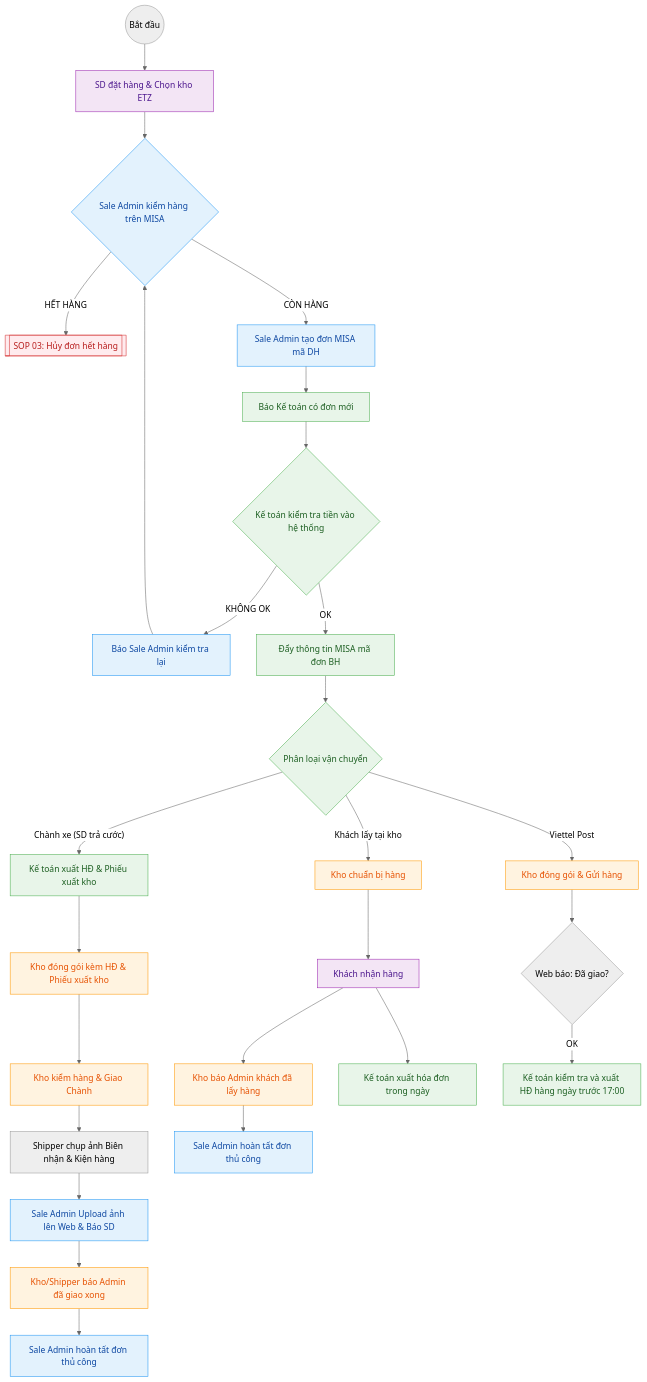
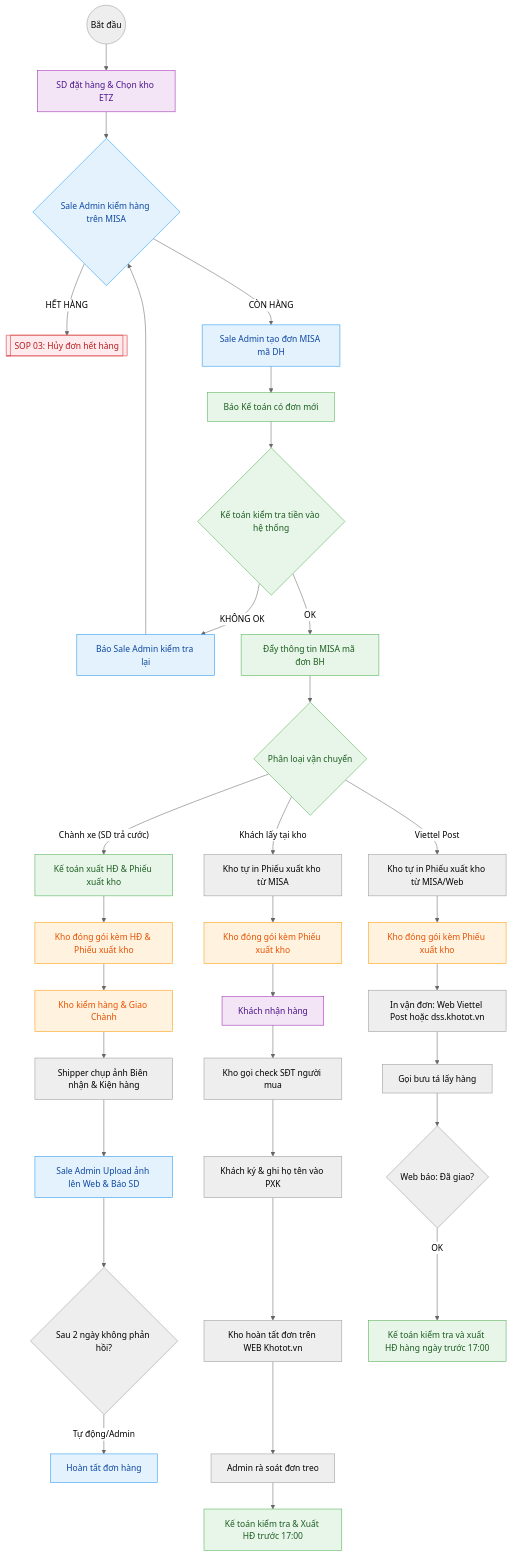
The diagram in src/site/notes/01_TONG_QUAN_LY_DU_AN/2_PHONG_VAN_HANH/SOP_2.0_Xu_Ly_Don_Hang_Chuan 1.md (babaduoc/digitalgarden), drawn with Mermaid (neutral theme) before and after one commit. The commit also changed other lines of this file and 2 other files, not shown here.

````diff
--- a/src/site/notes/01_TONG_QUAN_LY_DU_AN/2_PHONG_VAN_HANH/SOP_2.0_Xu_Ly_Don_Hang_Chuan 1.md
+++ b/src/site/notes/01_TONG_QUAN_LY_DU_AN/2_PHONG_VAN_HANH/SOP_2.0_Xu_Ly_Don_Hang_Chuan 1.md
@@ -21,56 +21,62 @@
 ```mermaid
 graph TD
     %% Định nghĩa màu tương phản cao %%
     classDef sd fill:#F3E5F5,stroke:#9C27B0,color:#4A148C;
     classDef sale_admin fill:#E3F2FD,stroke:#2196F3,color:#0D47A1;
     classDef acc fill:#E8F5E9,stroke:#4CAF50,color:#1B5E20;
     classDef wh fill:#FFF3E0,stroke:#FF9800,color:#E65100;
     classDef error fill:#FFEBEE,stroke:#D32F2F,color:#B71C1C;
 
     Start((Bắt đầu)) --> SD_Order[SD đặt hàng & Chọn kho ETZ]
     
     %% Vai trò Sale Admin %%
     SD_Order --> SaleAdmin_Check{Sale Admin kiểm hàng trên MISA}
     
     SaleAdmin_Check -- "HẾT HÀNG" --> OutOfStock[["SOP 03: Hủy đơn hết hàng"]]
     click OutOfStock "/01-tong-quan-ly-du-an/2-phong-van-hanh/sop-3-huy-don-het-hang/"
     
     SaleAdmin_Check -- "CÒN HÀNG" --> SaleAdmin_DH[Sale Admin tạo đơn MISA mã DH]
     SaleAdmin_DH --> Acc_Notify[Báo Kế toán có đơn mới]
 
     %% Vai trò Kế toán %%
     Acc_Notify --> Acc_CheckMoney{Kế toán kiểm tra tiền vào hệ thống}
     
     Acc_CheckMoney -- "KHÔNG OK" --> Acc_Reject[Báo Sale Admin kiểm tra lại]
     Acc_Reject --> SaleAdmin_Check
     
     Acc_CheckMoney -- "OK" --> Acc_BH[Đẩy thông tin MISA mã đơn BH]
     Acc_BH --> Ship_Type{Phân loại vận chuyển}
 
     %% Nhánh Chành xe %%
     Ship_Type -- "Chành xe (SD trả cước)" --> Acc_Inv_1[Kế toán xuất HĐ & Phiếu xuất kho]
     Acc_Inv_1 --> WH_Pack_1[Kho đóng gói kèm HĐ & Phiếu xuất kho]
     WH_Pack_1 --> WH_Check[Kho kiểm hàng & Giao Chành]
     WH_Check --> WH_Photo[Shipper chụp ảnh Biên nhận & Kiện hàng]
     WH_Photo --> Admin_Upload[Sale Admin Upload ảnh lên Web & Báo SD]
-    Admin_Upload --> WH_Confirm[Kho/Shipper báo Admin đã giao xong]
-    WH_Confirm --> Admin_Finish_1[Sale Admin hoàn tất đơn thủ công]
+    Admin_Upload --> Rule_2D{Sau 2 ngày không phản hồi?}
+    Rule_2D -- "Tự động/Admin" --> Admin_Finish_1[Hoàn tất đơn hàng]
 
     %% Nhánh Tại kho %%
-    Ship_Type -- Khách lấy tại kho --> WH_Pack_2[Kho chuẩn bị hàng]
+    Ship_Type -- "Khách lấy tại kho" --> WH_Print_PXK_2[Kho tự in Phiếu xuất kho từ MISA]
+    WH_Print_PXK_2 --> WH_Pack_2[Kho đóng gói kèm Phiếu xuất kho]
     WH_Pack_2 --> SD_Pick[Khách nhận hàng]
-    SD_Pick --> WH_Confirm_2[Kho báo Admin khách đã lấy hàng]
-    WH_Confirm_2 --> Admin_Finish_2[Sale Admin hoàn tất đơn thủ công]
-    SD_Pick --> Acc_Inv_2[Kế toán xuất hóa đơn trong ngày]
+    SD_Pick --> WH_Verify[Kho gọi check SĐT người mua]
+    WH_Verify --> SD_Sign[Khách ký & ghi họ tên vào PXK]
+    SD_Sign --> WH_Finish_Web[Kho hoàn tất đơn trên WEB Khotot.vn]
+    WH_Finish_Web --> Admin_Check[Admin rà soát đơn treo]
+    Admin_Check --> Acc_Inv_2[Kế toán kiểm tra & Xuất HĐ trước 17:00]
 
     %% Nhánh Viettel Post %%
-    Ship_Type -- Viettel Post --> WH_Pack_3[Kho đóng gói & Gửi hàng]
-    WH_Pack_3 --> API_Delivered{Web báo: Đã giao?}
+    Ship_Type -- Viettel Post --> WH_Print_PXK[Kho tự in Phiếu xuất kho từ MISA/Web]
+    WH_Print_PXK --> WH_Pack_3[Kho đóng gói kèm Phiếu xuất kho]
+    WH_Pack_3 --> WH_Print_VT[In vận đơn: Web Viettel Post hoặc dss.khotot.vn]
+    WH_Print_VT --> WH_Call_VT[Gọi bưu tá lấy hàng]
+    WH_Call_VT --> API_Delivered{Web báo: Đã giao?}
     API_Delivered -- OK --> Acc_Inv_3[Kế toán kiểm tra và xuất HĐ hàng ngày trước 17:00]
 
     class SD_Order,SD_Pick sd;
     class SaleAdmin_Check,SaleAdmin_DH,Acc_Reject,Admin_Upload,Admin_Finish_1,Admin_Finish_2 sale_admin;
     class Acc_CheckMoney,Acc_Notify,Acc_BH,Acc_Inv_1,Acc_Inv_2,Acc_Inv_3,Ship_Type,Acc_CheckMoney acc;
     class WH_Pack_1,WH_Pack_2,WH_Pack_3,WH_Check,WH_Confirm,WH_Confirm_2 wh;
     class OutOfStock error;
 ```
````
